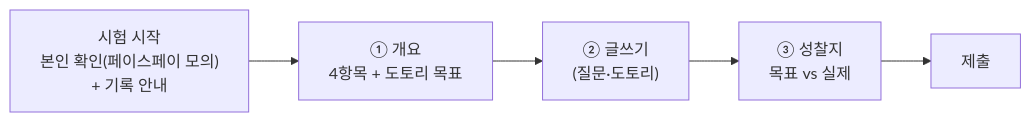
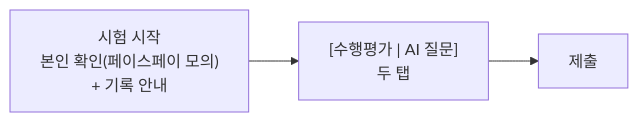
The diagram in docs/02-student-screens.md (duswldbs0815/dotori-exam), drawn with Mermaid before and after one commit. The commit also changed other lines of this file and 56 other files, not shown here.

First line of the commit message:
Teacher accounts per subject, two-tab student flow, class open/close, teacher community

````diff
--- a/docs/02-student-screens.md
+++ b/docs/02-student-screens.md
@@ -18,4 +18,4 @@
 ```mermaid
 flowchart LR
-    A["시험 시작<br/>본인 확인(페이스페이 모의)<br/>+ 기록 안내"] --> B["① 개요<br/>4항목 + 도토리 목표"] --> C["② 글쓰기<br/>(질문·도토리)"] --> D["③ 성찰지<br/>목표 vs 실제"] --> E["제출"]
+    A["시험 시작<br/>본인 확인(페이스페이 모의)<br/>+ 기록 안내"] --> B["[수행평가 | AI 질문]<br/>두 탭"] --> E["제출"]
 ```
````
